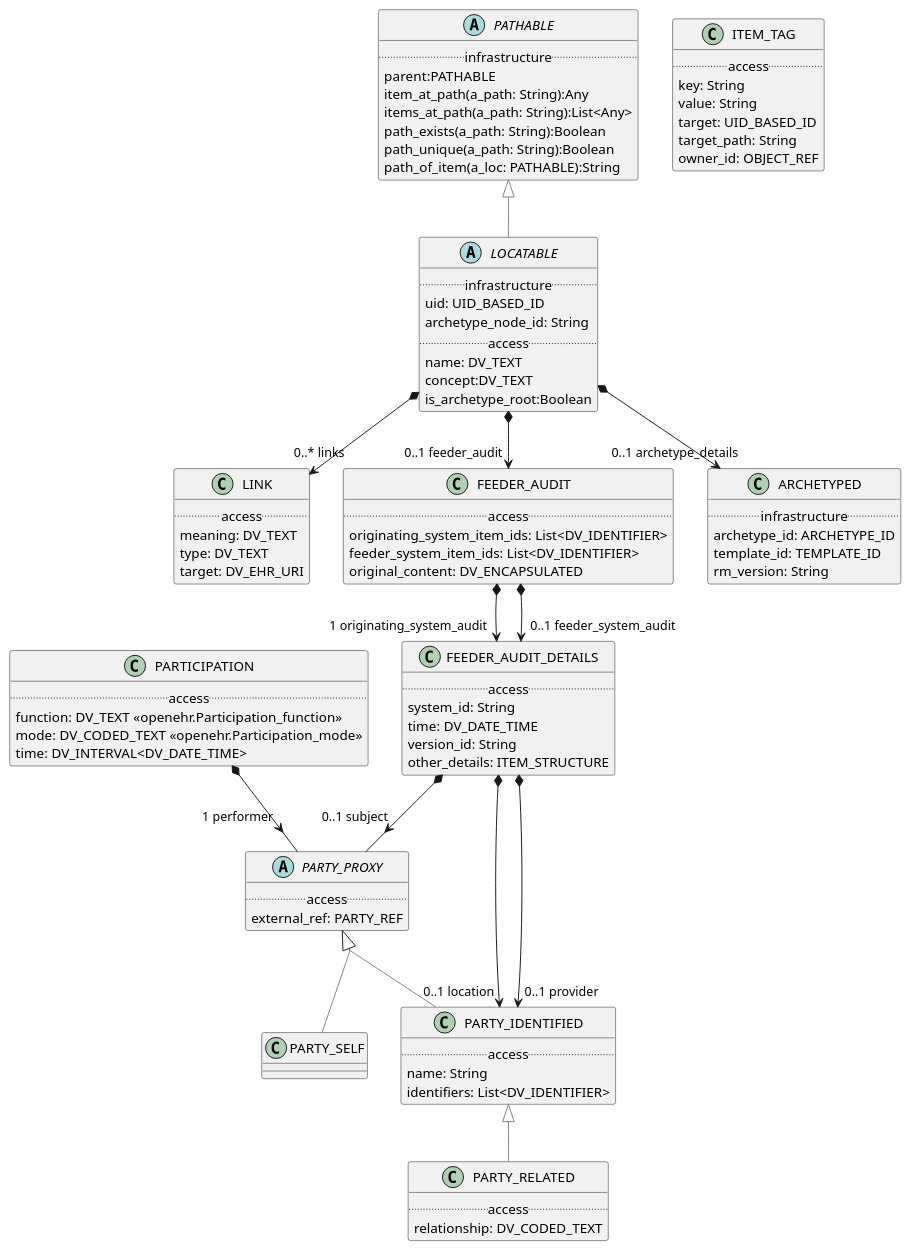
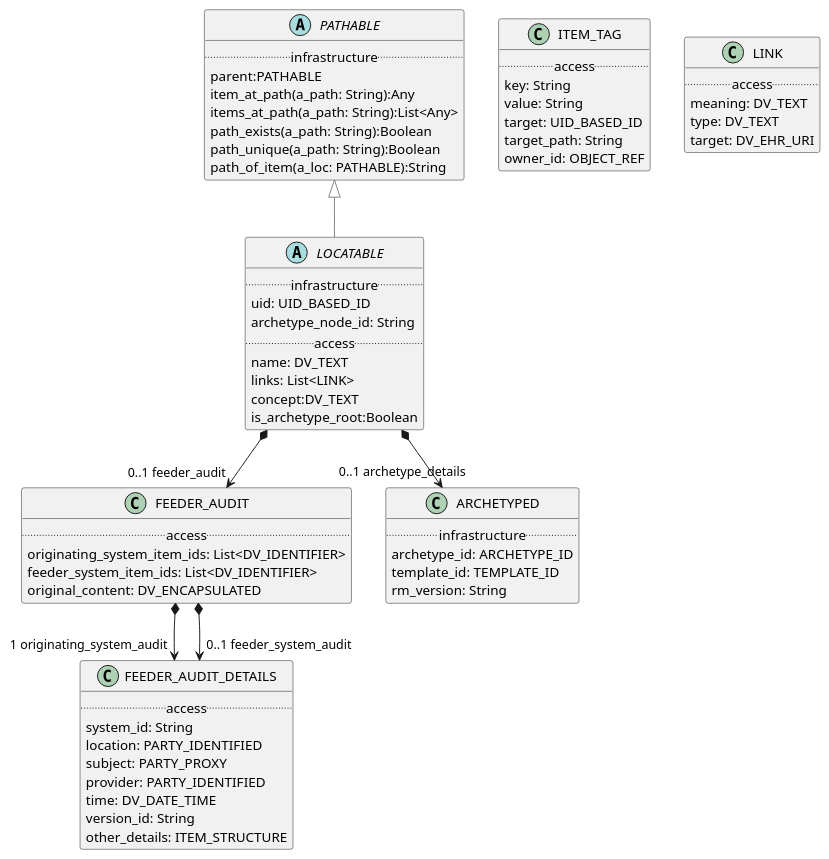
The diagram in modules/ROOT/examples/bmm/representation/data_marking/data_marking-package-uml.adoc (wolandscat/openehr-doc), drawn with PlantUML before and after one commit. The commit also changed 2355 other files, not shown here.

```diff
--- a/modules/ROOT/examples/bmm/representation/data_marking/data_marking-package-uml.adoc
+++ b/modules/ROOT/examples/bmm/representation/data_marking/data_marking-package-uml.adoc
@@ -3,15 +3,10 @@
-[plantuml,opts=interactive]
+[plantuml,opts=interactive,link=self]
 ....
 skinparam groupInheritance 2
 skinparam citedClassColor #FDFDFD
 
 
-abstract class PARTY_PROXY [[/splashlang-doc/latest/representation/representation-data_marking.html#_class_party_proxy]] {
-        .. access ..
-        external_ref: PARTY_REF
-}
-
-class ITEM_TAG [[/splashlang-doc/latest/representation/representation-data_marking.html#_class_item_tag]] {
+class ITEM_TAG [[/openehr-doc/latest/representation/data_marking-gen.html#_class_item_tag]] {
         .. access ..
         key: String
         value: String
@@ -20,56 +15,40 @@
         owner_id: OBJECT_REF
 }
 
-class PARTY_RELATED [[/splashlang-doc/latest/representation/representation-data_marking.html#_class_party_related]] {
-        .. access ..
-        relationship: DV_CODED_TEXT
-}
 
-PARTY_IDENTIFIED <|-[#gray]- PARTY_RELATED
-
-
-class FEEDER_AUDIT_DETAILS [[/splashlang-doc/latest/representation/representation-data_marking.html#_class_feeder_audit_details]] {
+class FEEDER_AUDIT_DETAILS [[/openehr-doc/latest/representation/data_marking-gen.html#_class_feeder_audit_details]] {
         .. access ..
         system_id: String
+        location: PARTY_IDENTIFIED
+        subject: PARTY_PROXY
+        provider: PARTY_IDENTIFIED
         time: DV_DATE_TIME
         version_id: String
         other_details: ITEM_STRUCTURE
 }
 
-FEEDER_AUDIT_DETAILS *--> "0..1 location" PARTY_IDENTIFIED
 
-FEEDER_AUDIT_DETAILS *--> "0..1 subject" PARTY_PROXY
-
-FEEDER_AUDIT_DETAILS *--> "0..1 provider" PARTY_IDENTIFIED
-
-class PARTY_IDENTIFIED [[/splashlang-doc/latest/representation/representation-data_marking.html#_class_party_identified]] {
-        .. access ..
-        name: String
-        identifiers: List<DV_IDENTIFIER>
-}
-
-PARTY_PROXY <|-[#gray]- PARTY_IDENTIFIED
-
-
-class LINK [[/splashlang-doc/latest/representation/representation-data_marking.html#_class_link]] {
+class LINK [[/openehr-doc/latest/representation/data_marking-gen.html#_class_link]] {
         .. access ..
         meaning: DV_TEXT
         type: DV_TEXT
         target: DV_EHR_URI
 }
 
-class FEEDER_AUDIT [[/splashlang-doc/latest/representation/representation-data_marking.html#_class_feeder_audit]] {
+
+class FEEDER_AUDIT [[/openehr-doc/latest/representation/data_marking-gen.html#_class_feeder_audit]] {
         .. access ..
         originating_system_item_ids: List<DV_IDENTIFIER>
         feeder_system_item_ids: List<DV_IDENTIFIER>
         original_content: DV_ENCAPSULATED
 }
 
+
 FEEDER_AUDIT *--> "1 originating_system_audit" FEEDER_AUDIT_DETAILS
 
 FEEDER_AUDIT *--> "0..1 feeder_system_audit" FEEDER_AUDIT_DETAILS
 
-abstract class PATHABLE [[/splashlang-doc/latest/representation/representation-data_marking.html#_class_pathable]] {
+abstract class PATHABLE [[/openehr-doc/latest/representation/data_marking-gen.html#_class_pathable]] {
         .. infrastructure ..
         parent:PATHABLE
         item_at_path(a_path: String):Any
@@ -79,45 +58,31 @@
         path_of_item(a_loc: PATHABLE):String
 }
 
-class PARTY_SELF [[/splashlang-doc/latest/representation/representation-data_marking.html#_class_party_self]] {
-}
 
-PARTY_PROXY <|-[#gray]- PARTY_SELF
-
-
-class ARCHETYPED [[/splashlang-doc/latest/representation/representation-data_marking.html#_class_archetyped]] {
+class ARCHETYPED [[/openehr-doc/latest/representation/data_marking-gen.html#_class_archetyped]] {
         .. infrastructure ..
         archetype_id: ARCHETYPE_ID
         template_id: TEMPLATE_ID
         rm_version: String
 }
 
-abstract class LOCATABLE [[/splashlang-doc/latest/representation/representation-data_marking.html#_class_locatable]] {
+
+abstract class LOCATABLE [[/openehr-doc/latest/representation/data_marking-gen.html#_class_locatable]] {
         .. infrastructure ..
         uid: UID_BASED_ID
         archetype_node_id: String
         .. access ..
         name: DV_TEXT
+        links: List<LINK>
         concept:DV_TEXT
         is_archetype_root:Boolean
 }
 
-PATHABLE <|-[#gray]- LOCATABLE
+LOCATABLE -[#gray]up-|> PATHABLE  
 
 
 LOCATABLE *--> "0..1 archetype_details" ARCHETYPED
 
-LOCATABLE *--> "0..* links" LINK
-
 LOCATABLE *--> "0..1 feeder_audit" FEEDER_AUDIT
 
-class PARTICIPATION [[/splashlang-doc/latest/representation/representation-data_marking.html#_class_participation]] {
-        .. access ..
-        function: DV_TEXT «openehr.Participation_function»
-        mode: DV_CODED_TEXT «openehr.Participation_mode»
-        time: DV_INTERVAL<DV_DATE_TIME>
-}
-
-PARTICIPATION *--> "1 performer" PARTY_PROXY
-
 ....
```
